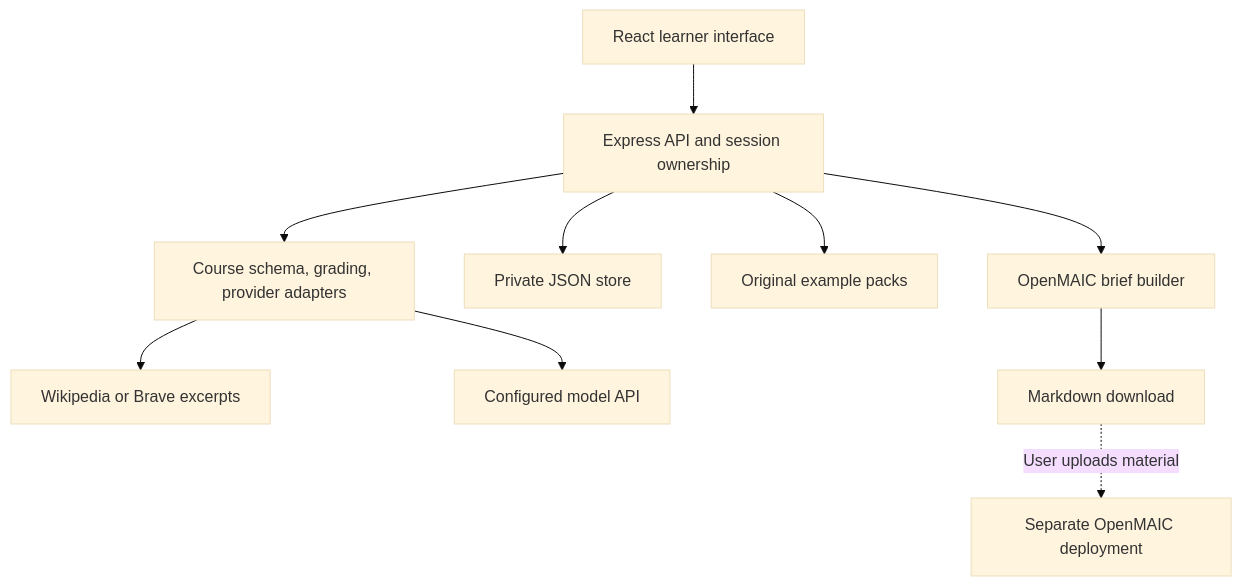
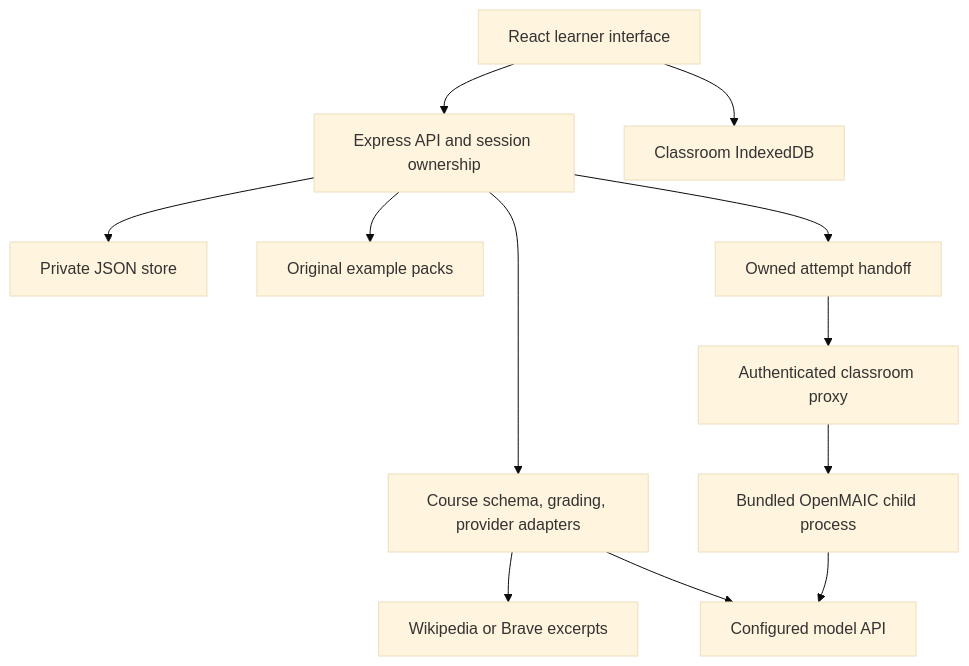
The diagram in docs/architecture.md (win223909/studyloop), drawn with Mermaid (base theme) before and after one commit. The commit also changed other lines of this file and 83 other files, not shown here.

Commit message:
feat: bundle OpenMAIC classrooms with unified model settings

````diff
--- a/docs/architecture.md
+++ b/docs/architecture.md
@@ -5,12 +5,14 @@
 ```mermaid
 flowchart TD
   Browser[React learner interface] --> API[Express API and session ownership]
   API --> Core[Course schema, grading, provider adapters]
   API --> Store[Private JSON store]
   API --> Samples[Original example packs]
   Core --> Search[Wikipedia or Brave excerpts]
   Core --> Model[Configured model API]
-  API --> Bridge[OpenMAIC brief builder]
-  Bridge --> Download[Markdown download]
-  Download -. User uploads material .-> Classroom[Separate OpenMAIC deployment]
+  API --> Handoff[Owned attempt handoff]
+  Handoff --> Proxy[Authenticated classroom proxy]
+  Proxy --> Classroom[Bundled OpenMAIC child process]
+  Classroom --> Model
+  Browser --> BrowserStore[Classroom IndexedDB]
 ```
````
